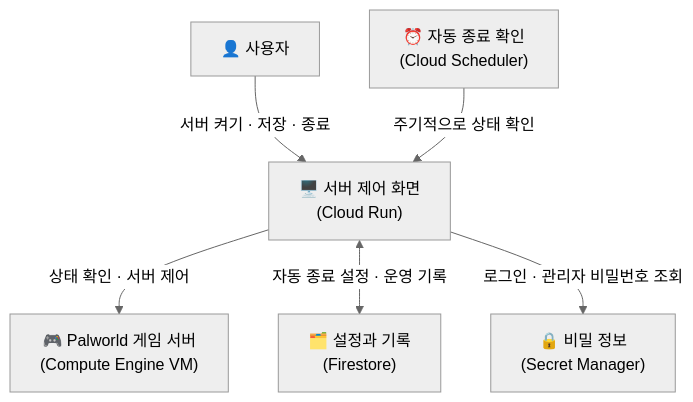
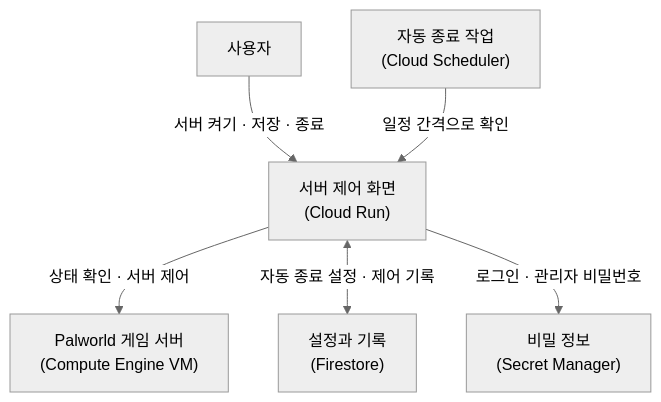
Before and after one commit to hyc7575/palworld-dashboard: the diagram in README.md, drawn with Mermaid (neutral theme). The commit also changed other lines of this file, not shown here.

````diff
--- a/README.md
+++ b/README.md
@@ -18,9 +18,9 @@
 ```mermaid
 flowchart TB
-    User["👤 사용자"] -->|"서버 켜기 · 저장 · 종료"| Dashboard["🖥️ 서버 제어 화면<br/>(Cloud Run)"]
-    Scheduler["⏰ 자동 종료 확인<br/>(Cloud Scheduler)"] -->|"주기적으로 상태 확인"| Dashboard
+    User["사용자"] -->|"서버 켜기 · 저장 · 종료"| Dashboard["서버 제어 화면<br/>(Cloud Run)"]
+    Scheduler["자동 종료 작업<br/>(Cloud Scheduler)"] -->|"일정 간격으로 확인"| Dashboard
 
-    Dashboard -->|"상태 확인 · 서버 제어"| GameServer["🎮 Palworld 게임 서버<br/>(Compute Engine VM)"]
-    Dashboard <-->|"자동 종료 설정 · 운영 기록"| Records["🗂️ 설정과 기록<br/>(Firestore)"]
-    Dashboard -->|"로그인 · 관리자 비밀번호 조회"| Secrets["🔒 비밀 정보<br/>(Secret Manager)"]
+    Dashboard -->|"상태 확인 · 서버 제어"| GameServer["Palworld 게임 서버<br/>(Compute Engine VM)"]
+    Dashboard <-->|"자동 종료 설정 · 제어 기록"| Records["설정과 기록<br/>(Firestore)"]
+    Dashboard -->|"로그인 · 관리자 비밀번호"| Secrets["비밀 정보<br/>(Secret Manager)"]
 ```
````
